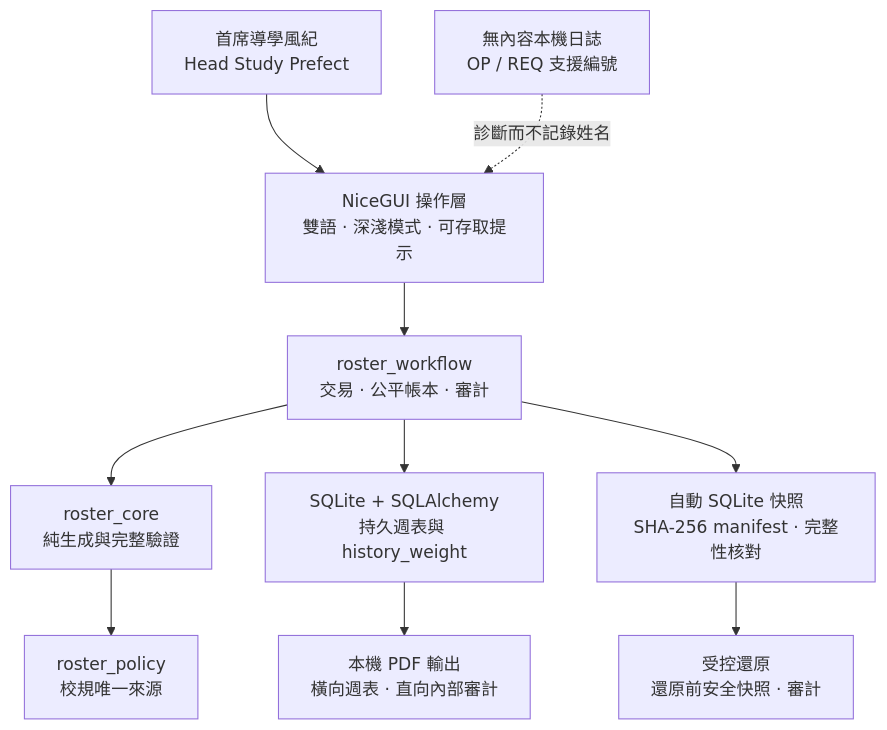
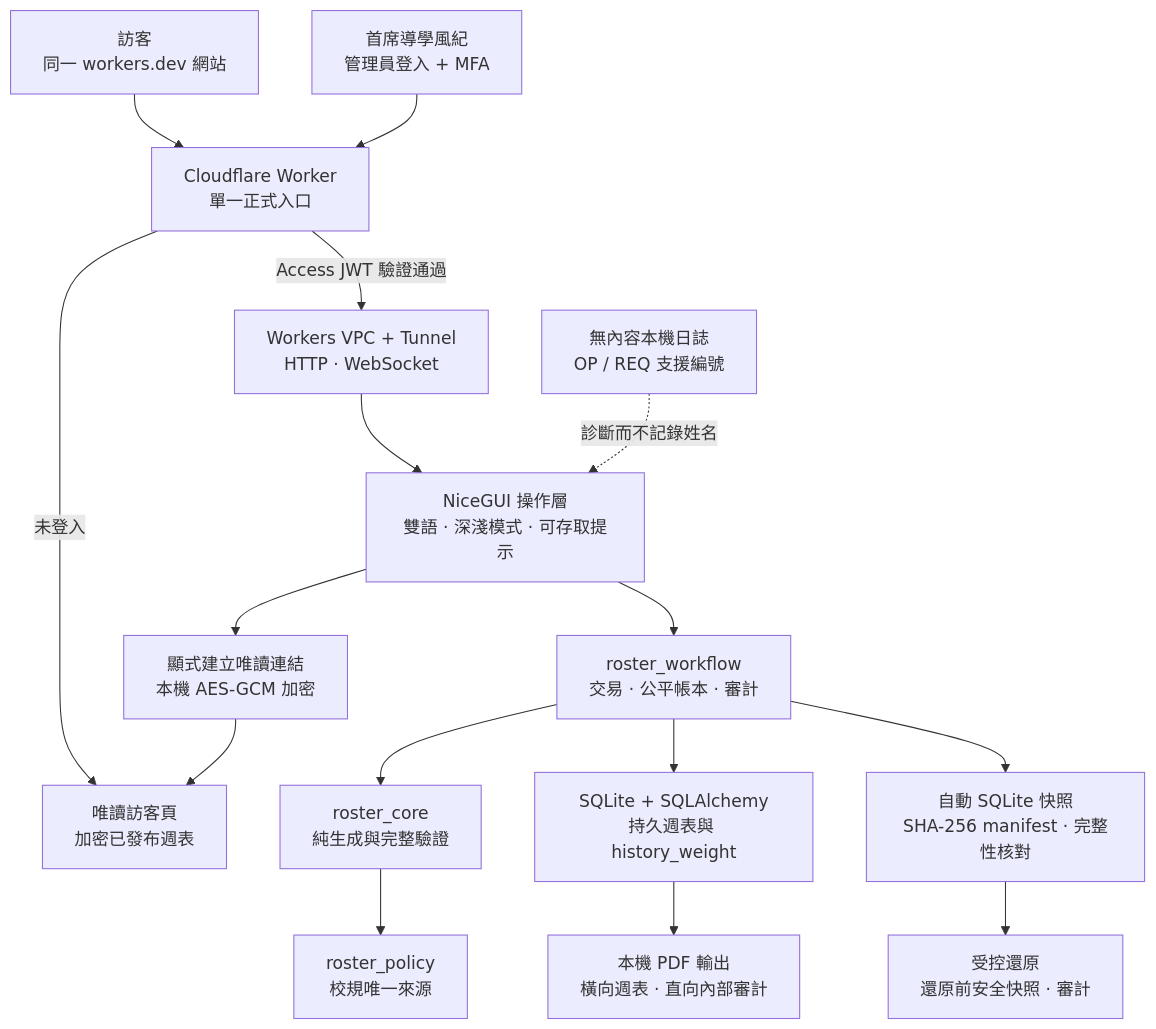
The first of 2 diagrams in README.md (JackyLi10777/Study-Prefect-Duty-Roster-System), drawn with Mermaid before and after one commit. The commit also changed other lines of this file and 46 other files, not shown here.

````diff
--- a/README.md
+++ b/README.md
@@ -141,12 +144,18 @@
 ```mermaid
 flowchart TB
-    OP["首席導學風紀<br/>Head Study Prefect"] --> UI["NiceGUI 操作層<br/>雙語 · 深淺模式 · 可存取提示"]
+    GUEST["訪客<br/>同一 workers.dev 網站"] --> EDGE["Cloudflare Worker<br/>單一正式入口"]
+    OP["首席導學風紀<br/>管理員登入 + MFA"] --> EDGE
+    EDGE -->|未登入| VIEWER["唯讀訪客頁<br/>加密已發布週表"]
+    EDGE -->|Access JWT 驗證通過| VPC["Workers VPC + Tunnel<br/>HTTP · WebSocket"]
+    VPC --> UI["NiceGUI 操作層<br/>雙語 · 深淺模式 · 可存取提示"]
     UI --> WF["roster_workflow<br/>交易 · 公平帳本 · 審計"]
     WF --> CORE["roster_core<br/>純生成與完整驗證"]
     CORE --> POLICY["roster_policy<br/>校規唯一來源"]
     WF --> DB["SQLite + SQLAlchemy<br/>持久週表與 history_weight"]
     WF --> SNAP["自動 SQLite 快照<br/>SHA-256 manifest · 完整性核對"]
     DB --> PDF["本機 PDF 輸出<br/>橫向週表 · 直向內部審計"]
+    UI --> SHARE["顯式建立唯讀連結<br/>本機 AES-GCM 加密"]
+    SHARE --> VIEWER
     SNAP --> RESTORE["受控還原<br/>還原前安全快照 · 審計"]
     LOG["無內容本機日誌<br/>OP / REQ 支援編號"] -. 診斷而不記錄姓名 .-> UI
 ```
````
